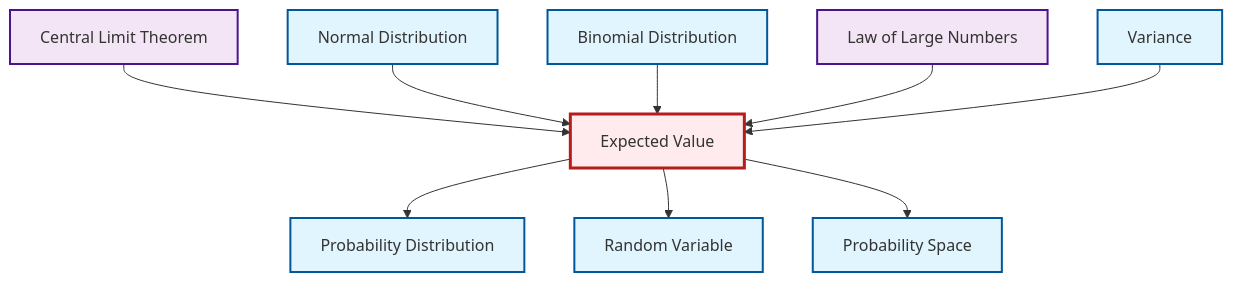
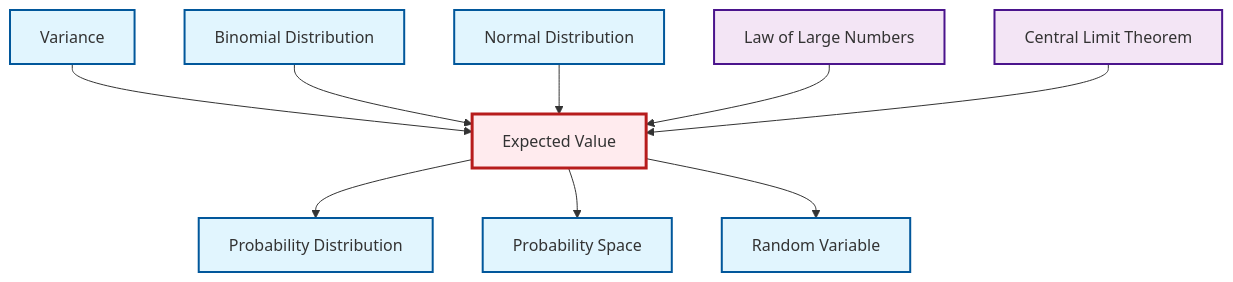
One commit to RK0429/ModernMath changed the diagram in output/mermaid/en/def-expectation.mermaid. Above: the diagram before and after it, drawn with Mermaid. The commit also changed other lines of this file and 3094 other files, not shown here.

```diff
--- a/output/mermaid/en/def-expectation.mermaid
+++ b/output/mermaid/en/def-expectation.mermaid
@@ -1,24 +1,24 @@
 graph TD
     classDef definition fill:#e1f5fe,stroke:#01579b,stroke-width:2px
     classDef theorem fill:#f3e5f5,stroke:#4a148c,stroke-width:2px
     classDef axiom fill:#fff3e0,stroke:#e65100,stroke-width:2px
     classDef example fill:#e8f5e9,stroke:#1b5e20,stroke-width:2px
     classDef current fill:#ffebee,stroke:#b71c1c,stroke-width:3px
-    def-expectation["Expected Value"]:::definition
-    def-probability-distribution["Probability Distribution"]:::definition
-    thm-central-limit["Central Limit Theorem"]:::theorem
-    thm-law-of-large-numbers["Law of Large Numbers"]:::theorem
     def-normal-distribution["Normal Distribution"]:::definition
     def-random-variable["Random Variable"]:::definition
+    thm-central-limit["Central Limit Theorem"]:::theorem
+    def-variance["Variance"]:::definition
+    def-binomial-distribution["Binomial Distribution"]:::definition
     def-probability-space["Probability Space"]:::definition
-    def-binomial-distribution["Binomial Distribution"]:::definition
-    def-variance["Variance"]:::definition
+    def-probability-distribution["Probability Distribution"]:::definition
+    def-expectation["Expected Value"]:::definition
+    thm-law-of-large-numbers["Law of Large Numbers"]:::theorem
     def-expectation --> def-probability-distribution
-    def-expectation --> def-random-variable
-    thm-central-limit --> def-expectation
-    def-normal-distribution --> def-expectation
+    def-variance --> def-expectation
     def-binomial-distribution --> def-expectation
     def-expectation --> def-probability-space
+    def-normal-distribution --> def-expectation
     thm-law-of-large-numbers --> def-expectation
-    def-variance --> def-expectation
+    thm-central-limit --> def-expectation
+    def-expectation --> def-random-variable
     class def-expectation current
```
